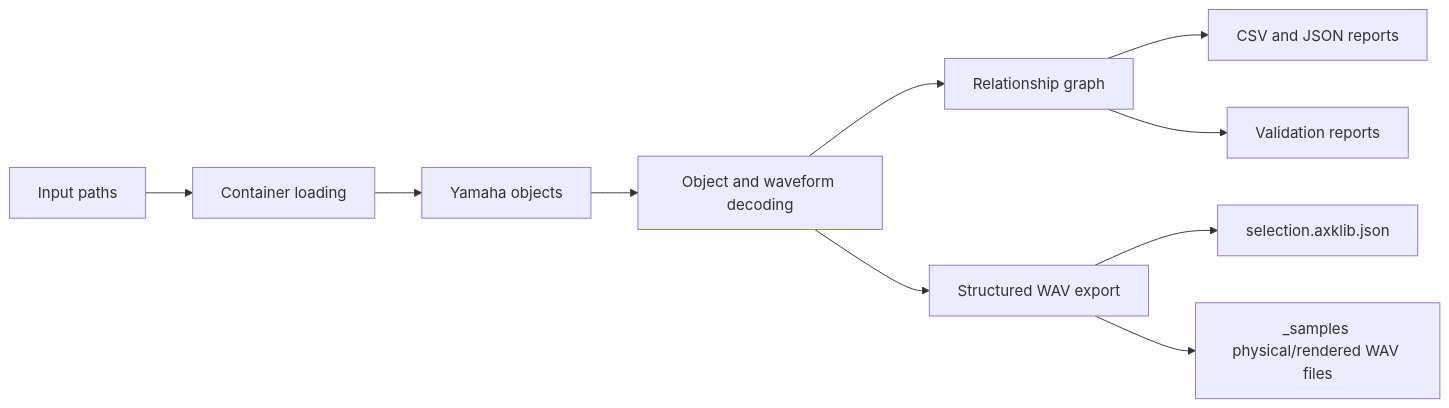
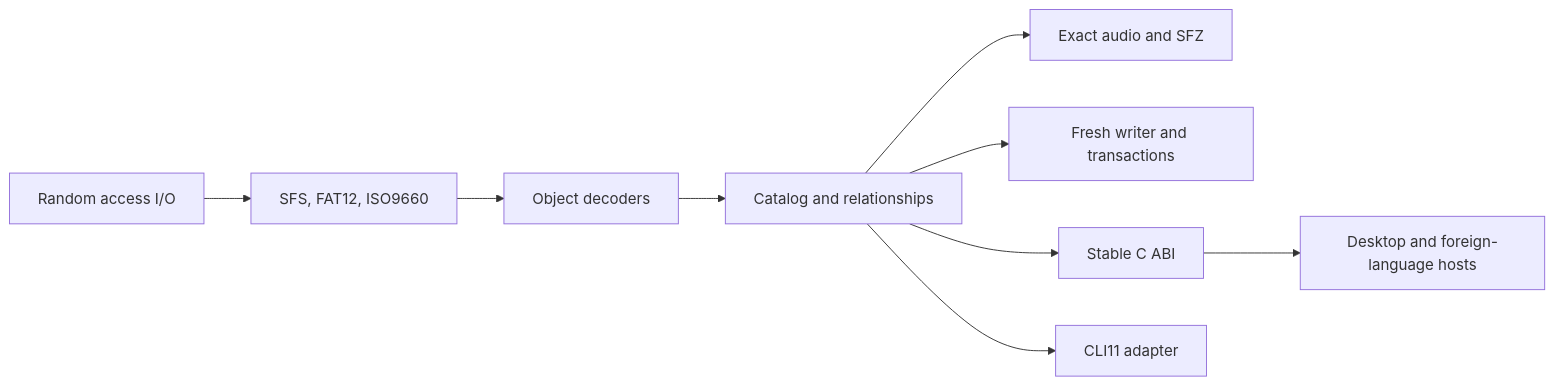
Before and after one commit to tphzz/axklib: the diagram in docs/architecture.md, drawn with Mermaid. The commit also changed other lines of this file and 467 other files, not shown here.

````diff
--- a/docs/architecture.md
+++ b/docs/architecture.md
@@ -34,12 +6,11 @@
 ```mermaid
 flowchart LR
-    Paths[Input paths] --> Loading[Container loading]
-    Loading --> Objects[Yamaha objects]
-    Objects --> Decoding[Object and waveform decoding]
-    Decoding --> Relationships[Relationship graph]
-    Relationships --> Reports[CSV and JSON reports]
-    Relationships --> Validation[Validation reports]
-    Decoding --> Export[Structured WAV export]
-    Export --> Graph[selection.axklib.json]
-    Export --> WavFiles[_samples physical/rendered WAV files]
+    IO[Random access I/O] --> Media[SFS, FAT12, ISO9660]
+    Media --> Objects[Object decoders]
+    Objects --> Catalog[Catalog and relationships]
+    Catalog --> Audio[Exact audio and SFZ]
+    Catalog --> Writer[Fresh writer and transactions]
+    Catalog --> CABI[Stable C ABI]
+    Catalog --> CLI[CLI11 adapter]
+    CABI --> Host[Desktop and foreign-language hosts]
 ```
````
